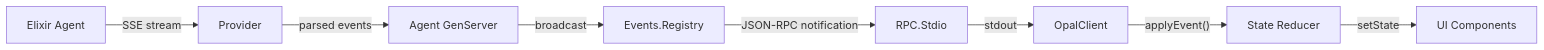
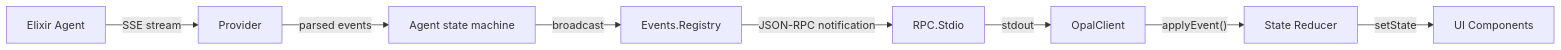
The second of 2 diagrams in docs/cli.md (matteing/opal), drawn with Mermaid before and after one commit. The commit also changed 18 other files, not shown here.

Commit message:
feat: rewrite agent loop using gen_fsm

````diff
--- a/docs/cli.md
+++ b/docs/cli.md
@@ -168,10 +168,10 @@
 ```mermaid
 graph LR
     Server["Elixir Agent"] -- "SSE stream" --> Provider
-    Provider -- "parsed events" --> Agent["Agent GenServer"]
+    Provider -- "parsed events" --> Agent["Agent state machine"]
     Agent -- "broadcast" --> Events["Events.Registry"]
     Events -- "JSON-RPC notification" --> Stdio["RPC.Stdio"]
     Stdio -- "stdout" --> Client["OpalClient"]
     Client -- "applyEvent()" --> Reducer["State Reducer"]
     Reducer -- "setState" --> React["UI Components"]
 ```
````
